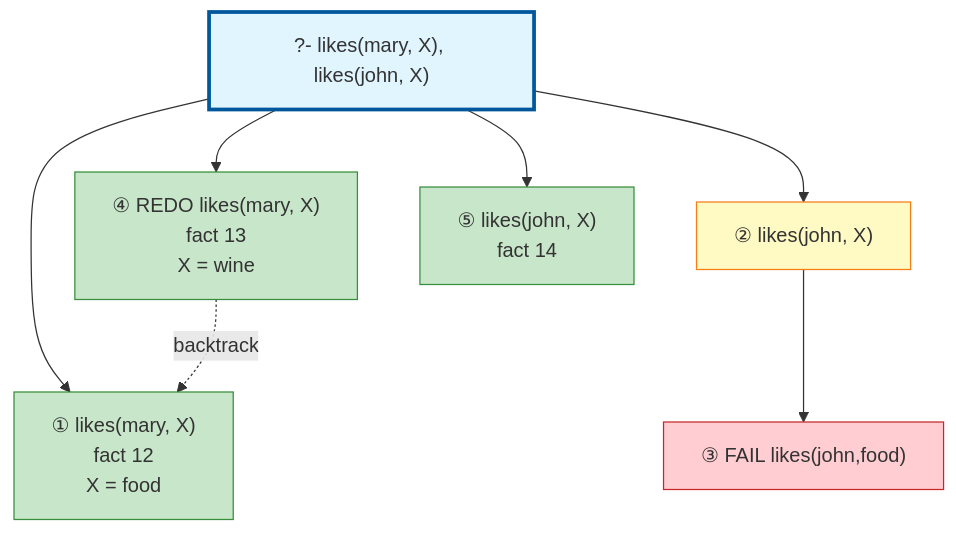
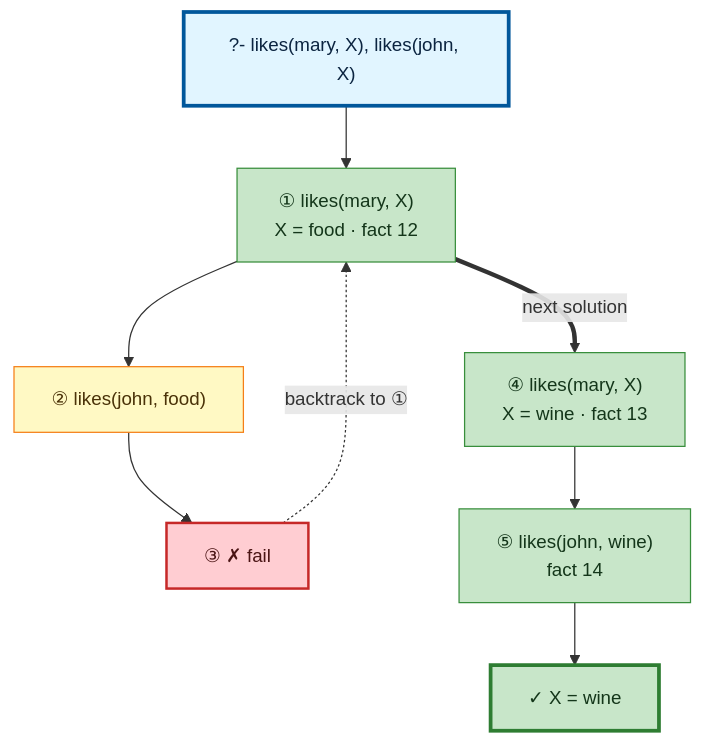
The diagram in books/clocksin-mellish/ch01/1.1-facts/likes-output.md (jarecsni/prolog-bratko), drawn with Mermaid before and after one commit. The commit also changed other lines of this file and 3 other files, not shown here.

````diff
--- a/books/clocksin-mellish/ch01/1.1-facts/likes-output.md
+++ b/books/clocksin-mellish/ch01/1.1-facts/likes-output.md
@@ -47,27 +49,31 @@
 ```mermaid
+%%{init: {'flowchart': {'nodeSpacing': 46, 'rankSpacing': 50}, 'themeVariables': {'fontSize': '15px'}}}%%
 graph TD
 
 %% Nodes
 A["?- likes(mary, X), likes(john, X)"]
-B["① likes(mary, X)<br/>fact 12<br/>X = food"]
-C["② likes(john, X)"]
-D["③ FAIL likes(john,food)"]
-E["④ REDO likes(mary, X)<br/>fact 13<br/>X = wine"]
-F["⑤ likes(john, X)<br/>fact 14"]
+B["① likes(mary, X)<br/>X = food · fact 12"]
+C["② likes(john, food)"]
+D["③ ✗ fail"]
+E["④ likes(mary, X)<br/>X = wine · fact 13"]
+F["⑤ likes(john, wine)<br/>fact 14"]
+G["✓ X = wine"]
 
-%% Edges
+%% Flow
 A --> B
-A --> C
+B --> C
 C --> D
-A --> E
-A --> F
-E -.->|"backtrack"| B
+D -.->|"backtrack to ①"| B
+B ==>|"next solution"| E
+E --> F
+F --> G
 
 %% Styles
-style A fill:#e1f5ff,stroke:#01579b,stroke-width:3px
-style B fill:#c8e6c9,stroke:#388e3c
-style C fill:#fff9c4,stroke:#f57f17
-style D fill:#ffcdd2,stroke:#c62828
-style E fill:#c8e6c9,stroke:#388e3c
-style F fill:#c8e6c9,stroke:#388e3c
+style A fill:#e1f5ff,stroke:#01579b,stroke-width:3px,color:#0b2440
+style B fill:#c8e6c9,stroke:#388e3c,color:#14361a
+style C fill:#fff9c4,stroke:#f57f17,color:#4a3208
+style D fill:#ffcdd2,stroke:#c62828,stroke-width:2px,color:#4a1414
+style E fill:#c8e6c9,stroke:#388e3c,color:#14361a
+style F fill:#c8e6c9,stroke:#388e3c,color:#14361a
+style G fill:#c8e6c9,stroke:#2e7d32,stroke-width:3px,color:#14361a
 ```
````
